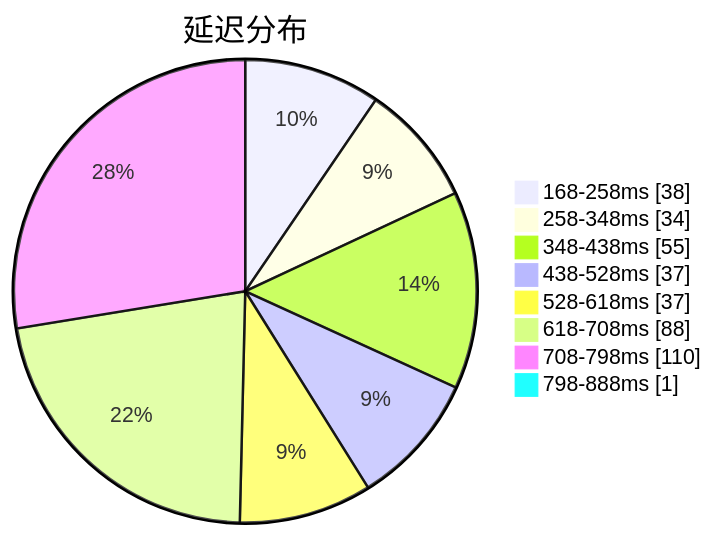
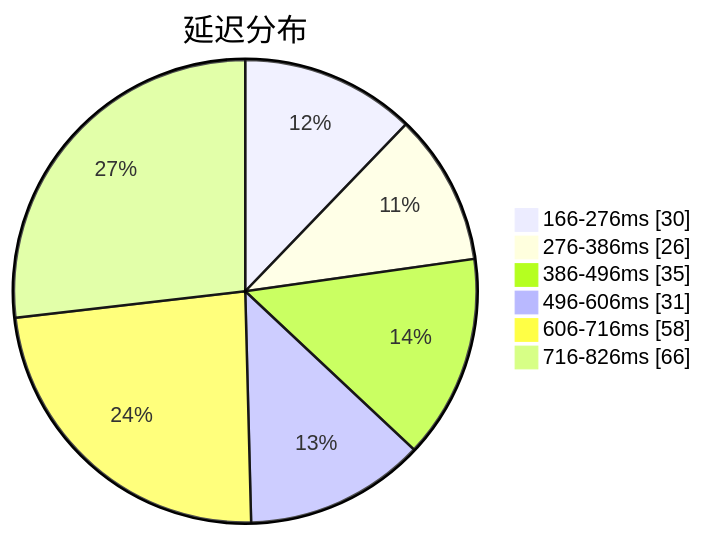
Before and after one commit to qjlxg/airport: the first of 3 diagrams in subs/statistics/tested_within.md, drawn with Mermaid. The commit also changed other lines of this file and 2 other files, not shown here.

````diff
--- a/subs/statistics/tested_within.md
+++ b/subs/statistics/tested_within.md
@@ -2,12 +2,10 @@
 ```mermaid
 pie showData
 title 延迟分布
-"168-258ms" : 38
-"258-348ms" : 34
-"348-438ms" : 55
-"438-528ms" : 37
-"528-618ms" : 37
-"618-708ms" : 88
-"708-798ms" : 110
-"798-888ms" : 1
+"166-276ms" : 30
+"276-386ms" : 26
+"386-496ms" : 35
+"496-606ms" : 31
+"606-716ms" : 58
+"716-826ms" : 66
 ```
````
